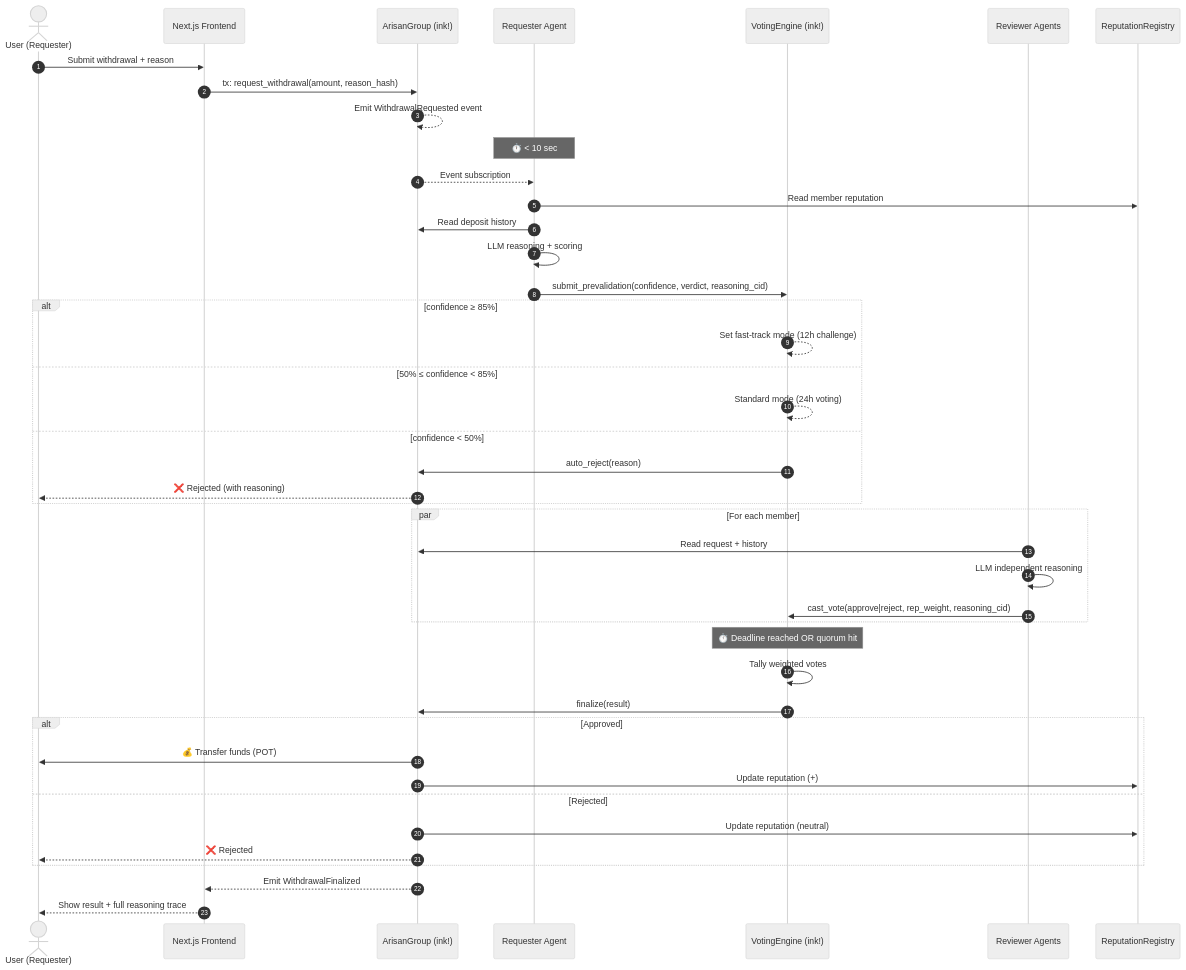
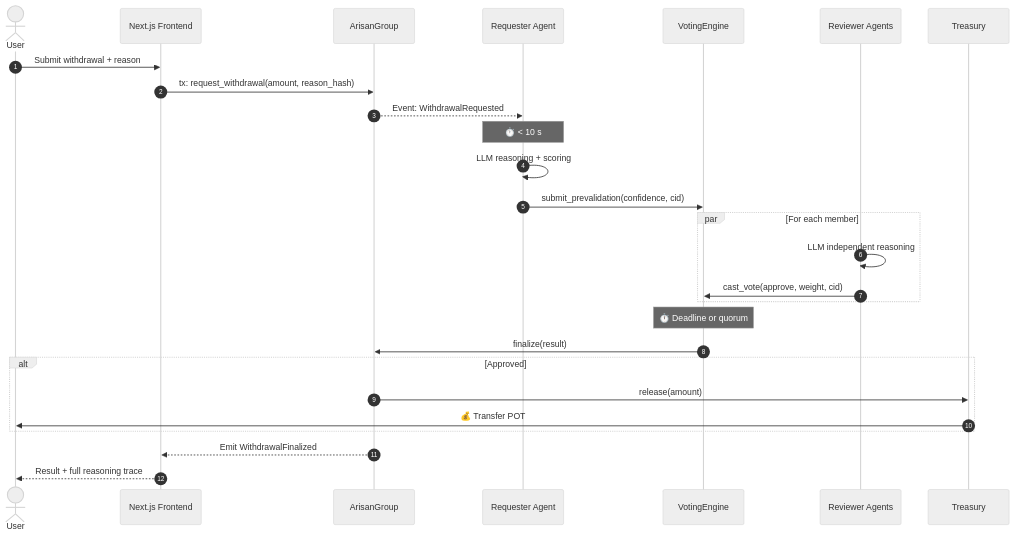
The fourth of 7 diagrams in README.md (EzraNahumury/auralis), drawn with Mermaid (neutral theme) before and after one commit. The commit also changed other lines of this file, not shown here.

````diff
--- a/README.md
+++ b/README.md
@@ -324,52 +279,35 @@
 ```mermaid
 sequenceDiagram
     autonumber
-    actor U as User (Requester)
+    actor U as User
     participant FE as Next.js Frontend
-    participant SC as ArisanGroup (ink!)
+    participant AG as ArisanGroup
     participant RA as Requester Agent
-    participant VE as VotingEngine (ink!)
+    participant VE as VotingEngine
     participant RV as Reviewer Agents
-    participant RR as ReputationRegistry
+    participant TR as Treasury
 
     U->>FE: Submit withdrawal + reason
-    FE->>SC: tx: request_withdrawal(amount, reason_hash)
-    SC-->>SC: Emit WithdrawalRequested event
+    FE->>AG: tx: request_withdrawal(amount, reason_hash)
+    AG-->>RA: Event: WithdrawalRequested
 
-    Note over RA: ⏱️ < 10 sec
-    SC-->>RA: Event subscription
-    RA->>RR: Read member reputation
-    RA->>SC: Read deposit history
+    Note over RA: ⏱️ < 10 s
     RA->>RA: LLM reasoning + scoring
-    RA->>VE: submit_prevalidation(confidence, verdict, reasoning_cid)
+    RA->>VE: submit_prevalidation(confidence, cid)
 
-    alt confidence ≥ 85%
-        VE-->>VE: Set fast-track mode (12h challenge)
-    else 50% ≤ confidence < 85%
-        VE-->>VE: Standard mode (24h voting)
-    else confidence < 50%
-        VE->>SC: auto_reject(reason)
-        SC-->>U: ❌ Rejected (with reasoning)
+    par For each member
+        RV->>RV: LLM independent reasoning
+        RV->>VE: cast_vote(approve, weight, cid)
     end
 
-    par For each member
-        RV->>SC: Read request + history
-        RV->>RV: LLM independent reasoning
-        RV->>VE: cast_vote(approve|reject, rep_weight, reasoning_cid)
+    Note over VE: ⏱️ Deadline or quorum
+    VE->>AG: finalize(result)
+
+    alt Approved
+        AG->>TR: release(amount)
+        TR->>U: 💰 Transfer POT
     end
 
-    Note over VE: ⏱️ Deadline reached OR quorum hit
-    VE->>VE: Tally weighted votes
-    VE->>SC: finalize(result)
-
-    alt Approved
-        SC->>U: 💰 Transfer funds (POT)
-        SC->>RR: Update reputation (+)
-    else Rejected
-        SC->>RR: Update reputation (neutral)
-        SC-->>U: ❌ Rejected
-    end
-
-    SC-->>FE: Emit WithdrawalFinalized
-    FE-->>U: Show result + full reasoning trace
+    AG-->>FE: Emit WithdrawalFinalized
+    FE-->>U: Result + full reasoning trace
 ```
````
